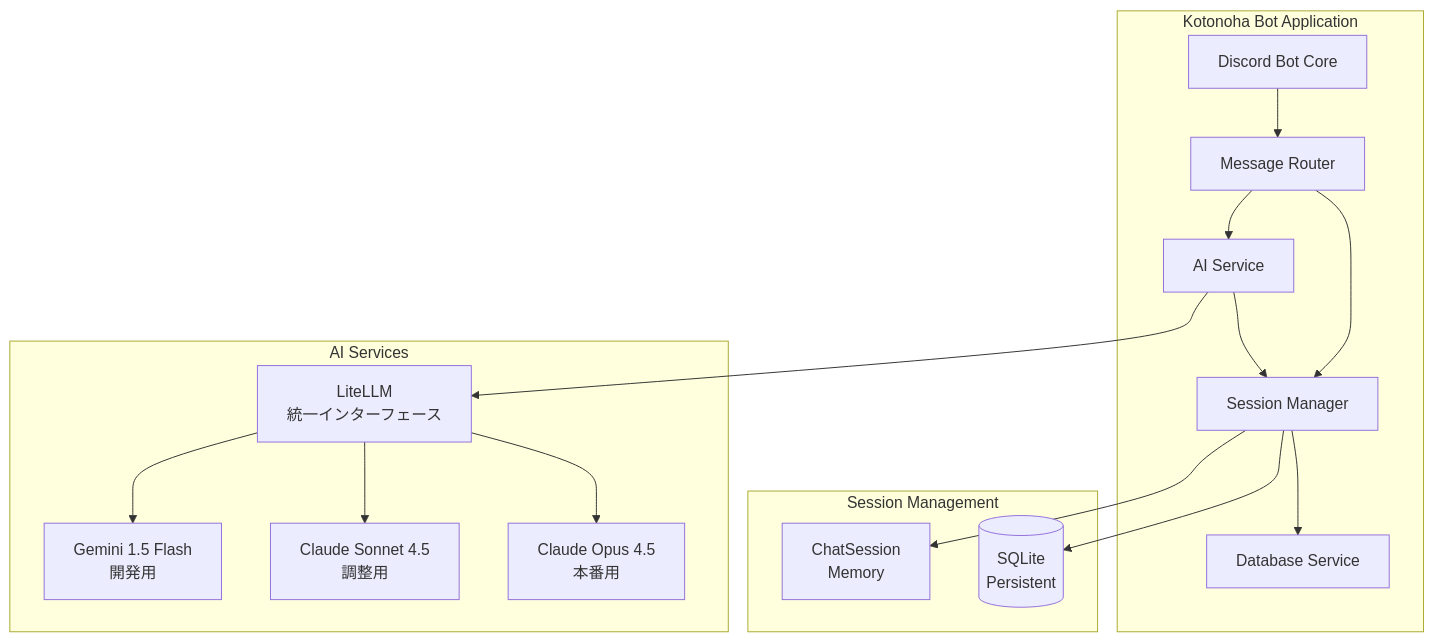
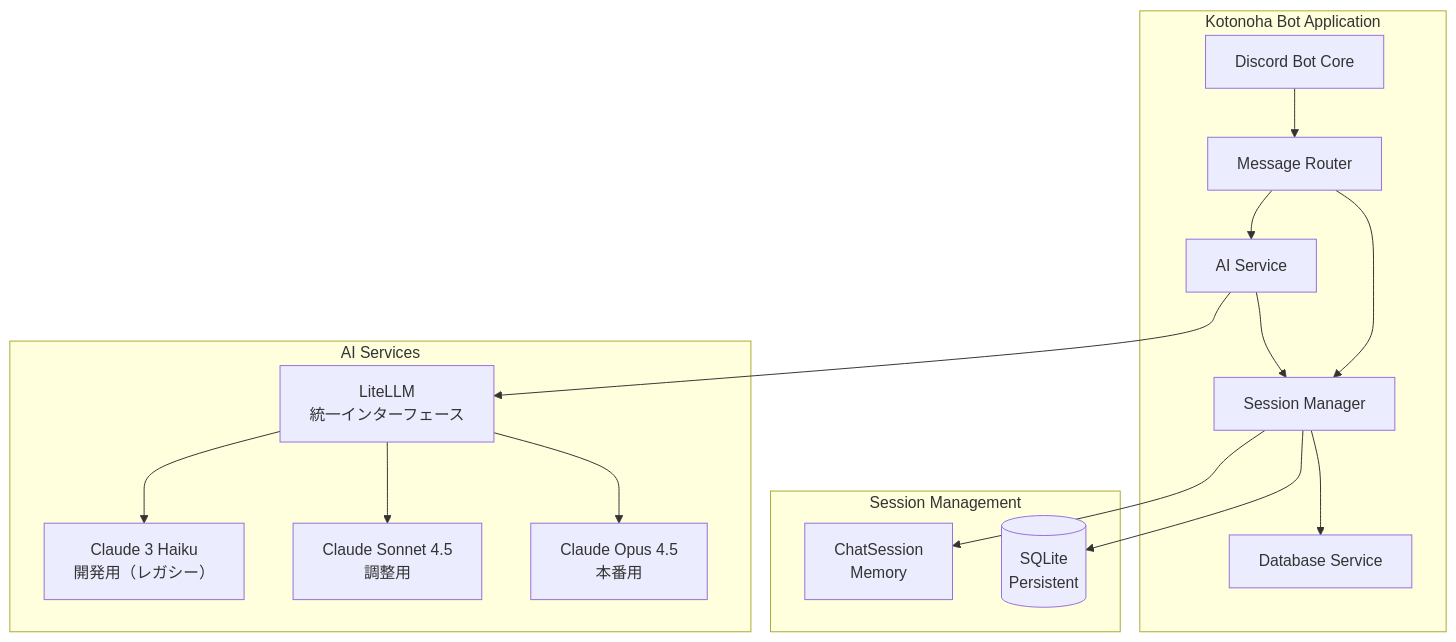
The second of 3 diagrams in docs/architecture/system-architecture.md (fluxrozin/kotonoha-bot), drawn with Mermaid before and after one commit. The commit also changed other lines of this file and 55 other files, not shown here.

````diff
--- a/docs/architecture/system-architecture.md
+++ b/docs/architecture/system-architecture.md
@@ -52,34 +52,34 @@
 ```mermaid
 graph TB
     subgraph "Kotonoha Bot Application"
         Bot[Discord Bot Core]
         Router[Message Router]
         SessionMgr[Session Manager]
         AIService[AI Service]
         DBService[Database Service]
 
         Bot --> Router
         Router --> SessionMgr
         Router --> AIService
         SessionMgr --> DBService
         AIService --> SessionMgr
     end
 
     subgraph "Session Management"
         MemSession[ChatSession<br/>Memory]
         SQLiteDB[(SQLite<br/>Persistent)]
         SessionMgr --> MemSession
         SessionMgr --> SQLiteDB
     end
 
     subgraph "AI Services"
         LiteLLM[LiteLLM<br/>統一インターフェース]
-        Gemini[Gemini 1.5 Flash<br/>開発用]
+        ClaudeHaiku[Claude 3 Haiku<br/>開発用（レガシー）]
         ClaudeSonnet[Claude Sonnet 4.5<br/>調整用]
         ClaudeOpus[Claude Opus 4.5<br/>本番用]
         AIService --> LiteLLM
-        LiteLLM --> Gemini
+        LiteLLM --> ClaudeHaiku
         LiteLLM --> ClaudeSonnet
         LiteLLM --> ClaudeOpus
     end
 ```
````
